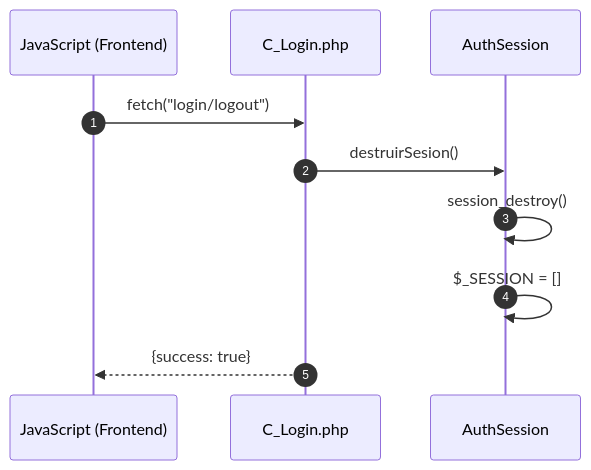
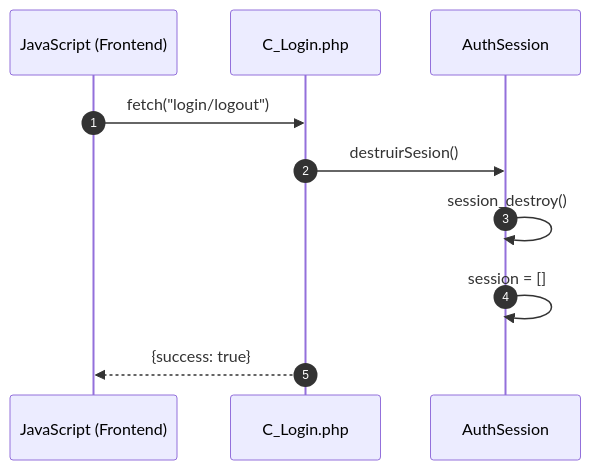
One commit to Tecrato/BurgerHouse changed the sixth of 6 diagrams in docs/secuencia/usuarios/usuarios.md. Above: the diagram before and after it, drawn with Mermaid. The commit also changed other lines of this file and 13 other files, not shown here.

Commit message:
diagramas de secuencia

````diff
--- a/docs/secuencia/usuarios/usuarios.md
+++ b/docs/secuencia/usuarios/usuarios.md
@@ -142,15 +142,15 @@
 ```mermaid
 sequenceDiagram
     autonumber
     participant JS as JavaScript (Frontend)
     participant C_Login as C_Login.php
     participant Auth as AuthSession
     
     JS->>C_Login: fetch("login/logout")
     
     C_Login->>Auth: destruirSesion()
     Auth->>Auth: session_destroy()
-    Auth->>Auth: $_SESSION = []
+    Auth->>Auth: session = []
     
     C_Login-->>JS: {success: true}
 ```
````
